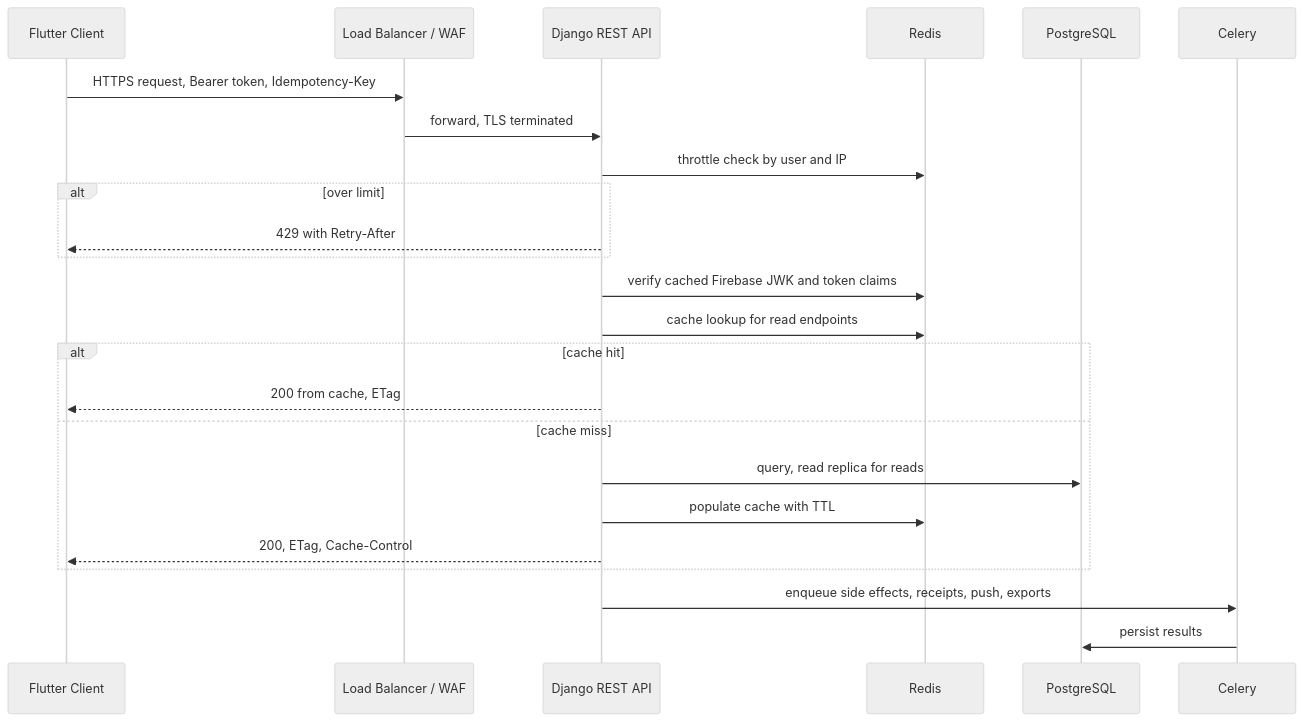
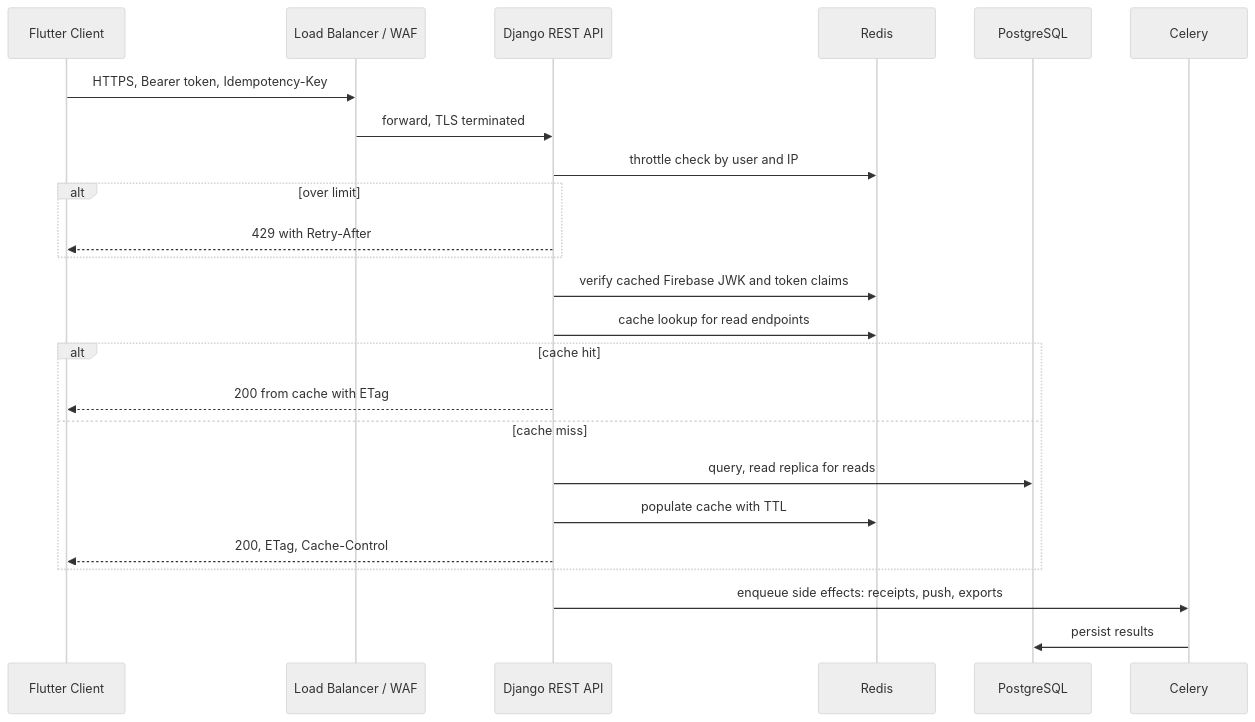
The fifth of 21 diagrams in docs/TECHNICAL_ARCHITECTURE.md (bakhtidaoud/quran-one), drawn with Mermaid (neutral theme) before and after one commit. The commit also changed other lines of this file, not shown here.

Commit message:
docs: complete technical architecture (offline, auth, sync, notifications, CI/CD, scalability, security)

````diff
--- a/docs/TECHNICAL_ARCHITECTURE.md
+++ b/docs/TECHNICAL_ARCHITECTURE.md
@@ -343,27 +336,27 @@
 ```mermaid
 sequenceDiagram
   participant C as Flutter Client
   participant LB as Load Balancer / WAF
   participant API as Django REST API
   participant R as Redis
   participant PG as PostgreSQL
   participant Q as Celery
 
-  C->>LB: HTTPS request, Bearer token, Idempotency-Key
+  C->>LB: HTTPS, Bearer token, Idempotency-Key
   LB->>API: forward, TLS terminated
   API->>R: throttle check by user and IP
   alt over limit
     API-->>C: 429 with Retry-After
   end
   API->>R: verify cached Firebase JWK and token claims
   API->>R: cache lookup for read endpoints
   alt cache hit
-    API-->>C: 200 from cache, ETag
+    API-->>C: 200 from cache with ETag
   else cache miss
     API->>PG: query, read replica for reads
     API->>R: populate cache with TTL
     API-->>C: 200, ETag, Cache-Control
   end
-  API->>Q: enqueue side effects, receipts, push, exports
+  API->>Q: enqueue side effects: receipts, push, exports
   Q->>PG: persist results
 ```
````
